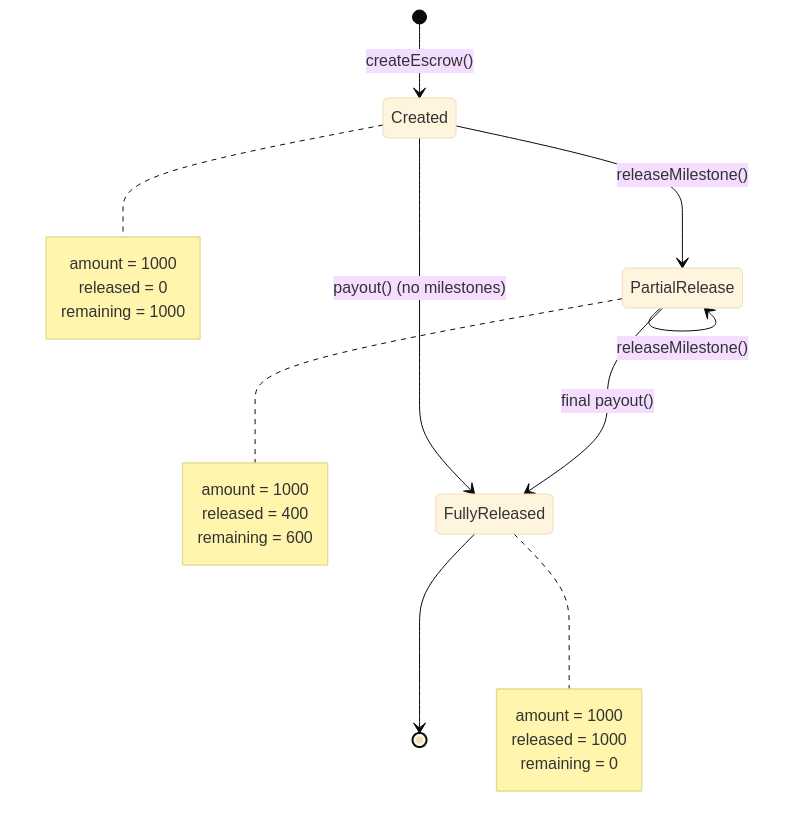
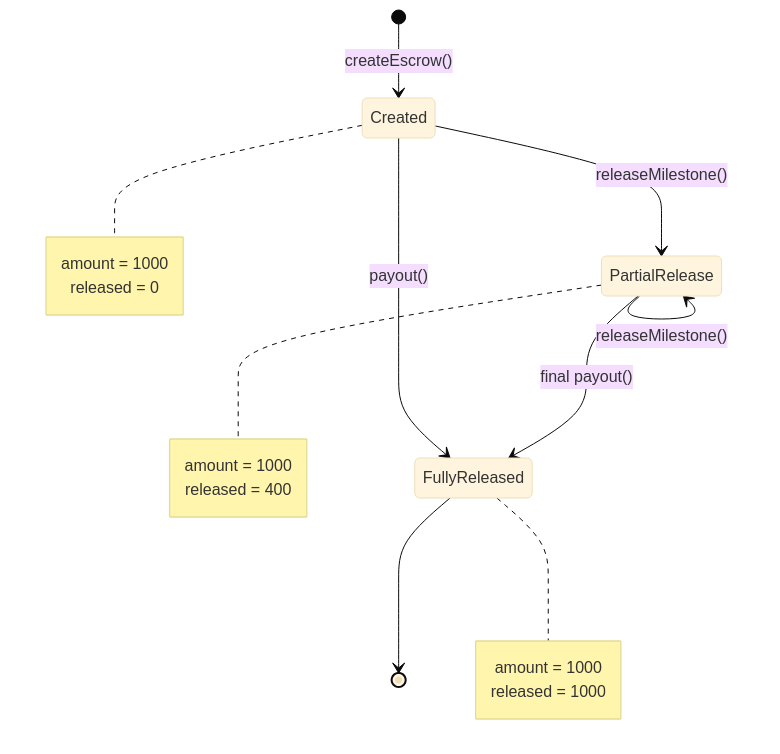
The second of 2 diagrams in docs/concepts/escrow-mechanism.md (agirails/docs), drawn with Mermaid (base theme) before and after one commit. The commit also changed other lines of this file and 2 other files, not shown here.

````diff
--- a/docs/concepts/escrow-mechanism.md
+++ b/docs/concepts/escrow-mechanism.md
@@ -416,27 +255,24 @@
 ```mermaid
 stateDiagram-v2
     [*] --> Created: createEscrow()
     Created --> PartialRelease: releaseMilestone()
     PartialRelease --> PartialRelease: releaseMilestone()
     PartialRelease --> FullyReleased: final payout()
-    Created --> FullyReleased: payout() (no milestones)
+    Created --> FullyReleased: payout()
     FullyReleased --> [*]
 
     note right of Created
         amount = 1000
         released = 0
-        remaining = 1000
     end note
 
     note right of PartialRelease
         amount = 1000
         released = 400
-        remaining = 600
     end note
 
     note right of FullyReleased
         amount = 1000
         released = 1000
-        remaining = 0
     end note
 ```
````
